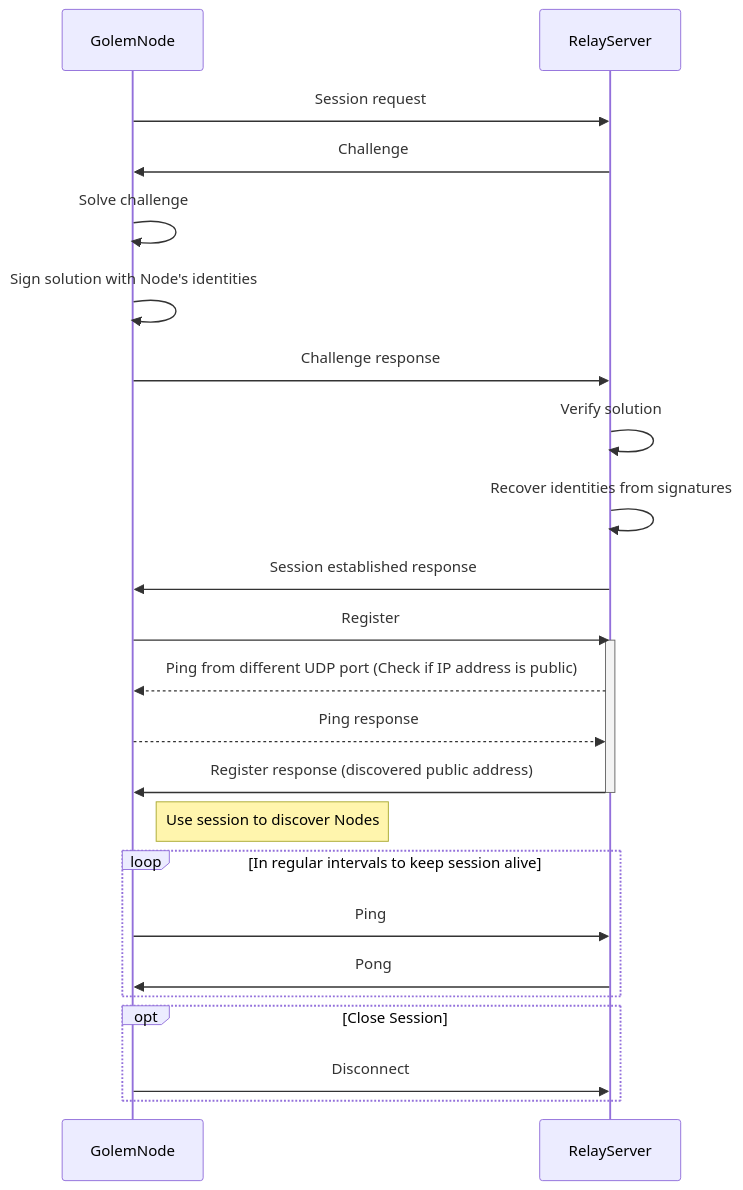
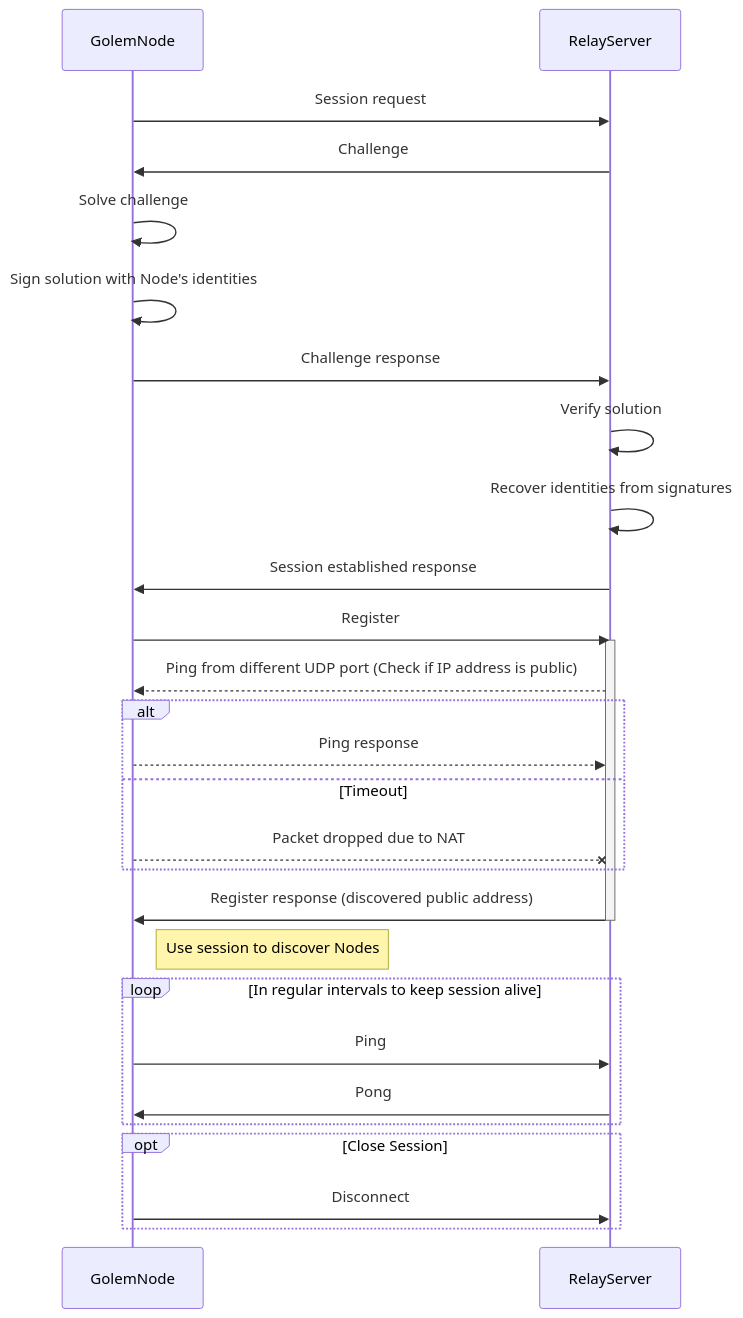
Before and after one commit to golemfactory/golem-architecture: the sixth of 8 diagrams in arch-snapshot/arch.md, drawn with Mermaid.

Commit message:
IP check: add alternative: timeout when packet is drpped

````diff
--- a/arch-snapshot/arch.md
+++ b/arch-snapshot/arch.md
@@ -624,31 +624,36 @@
 ```mermaid
 sequenceDiagram
     participant GolemNode
     participant RelayServer
     
     GolemNode->>RelayServer: Session request
     RelayServer->>GolemNode: Challenge
     GolemNode->>GolemNode: Solve challenge
     GolemNode->>GolemNode: Sign solution with Node's identities
     GolemNode->>RelayServer: Challenge response
     RelayServer->>RelayServer: Verify solution
     RelayServer->>RelayServer: Recover identities from signatures
     RelayServer->>GolemNode: Session established response
+    
     GolemNode->>RelayServer: Register
     activate RelayServer
     RelayServer-->>GolemNode: Ping from different UDP port (Check if IP address is public)
-    GolemNode-->>RelayServer: Ping response
+    alt 
+        GolemNode-->>RelayServer: Ping response
+    else Timeout
+        GolemNode--xRelayServer: Packet dropped due to NAT
+    end
     RelayServer->>GolemNode: Register response (discovered public address)
     deactivate RelayServer
 
     Note right of GolemNode: Use session to discover Nodes 
 
     loop In regular intervals to keep session alive
         GolemNode->>RelayServer: Ping
         RelayServer->>GolemNode: Pong
     end
     
     opt Close Session
         GolemNode->>RelayServer: Disconnect
     end
 ```
````
